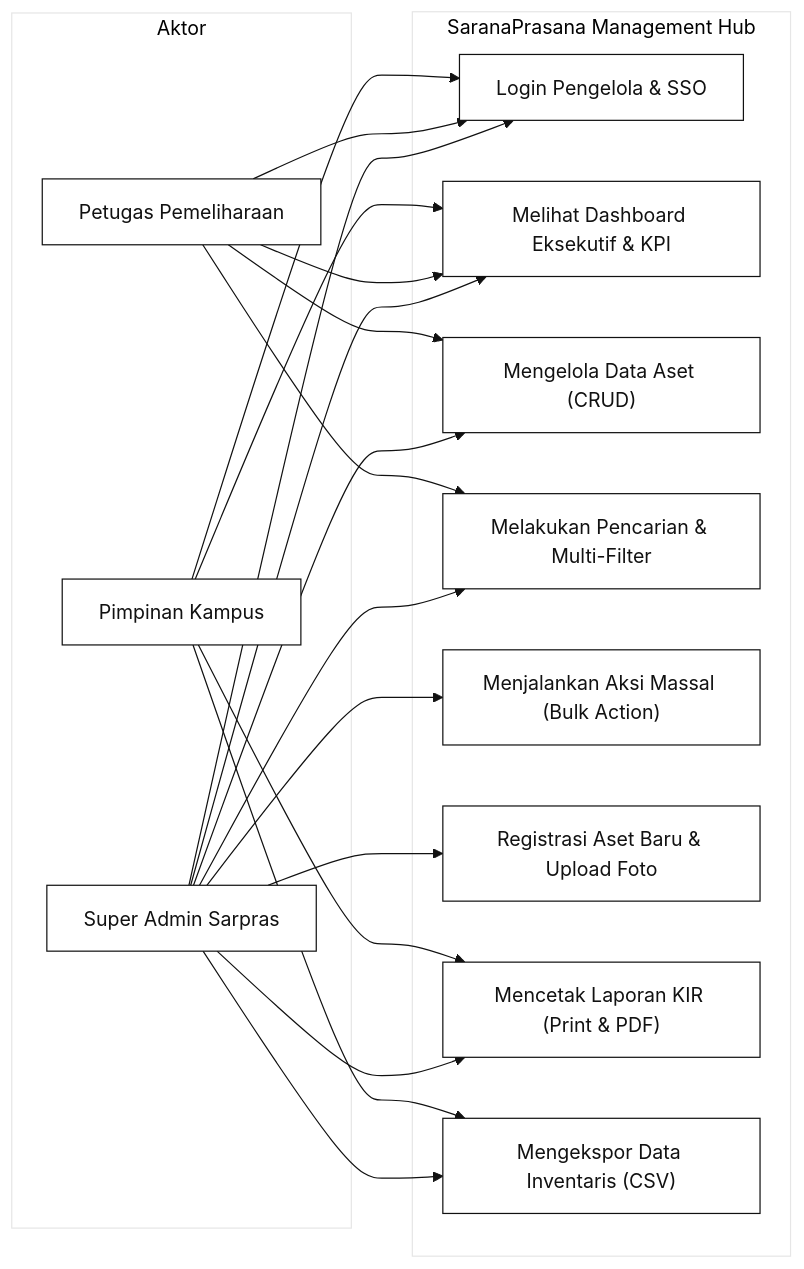
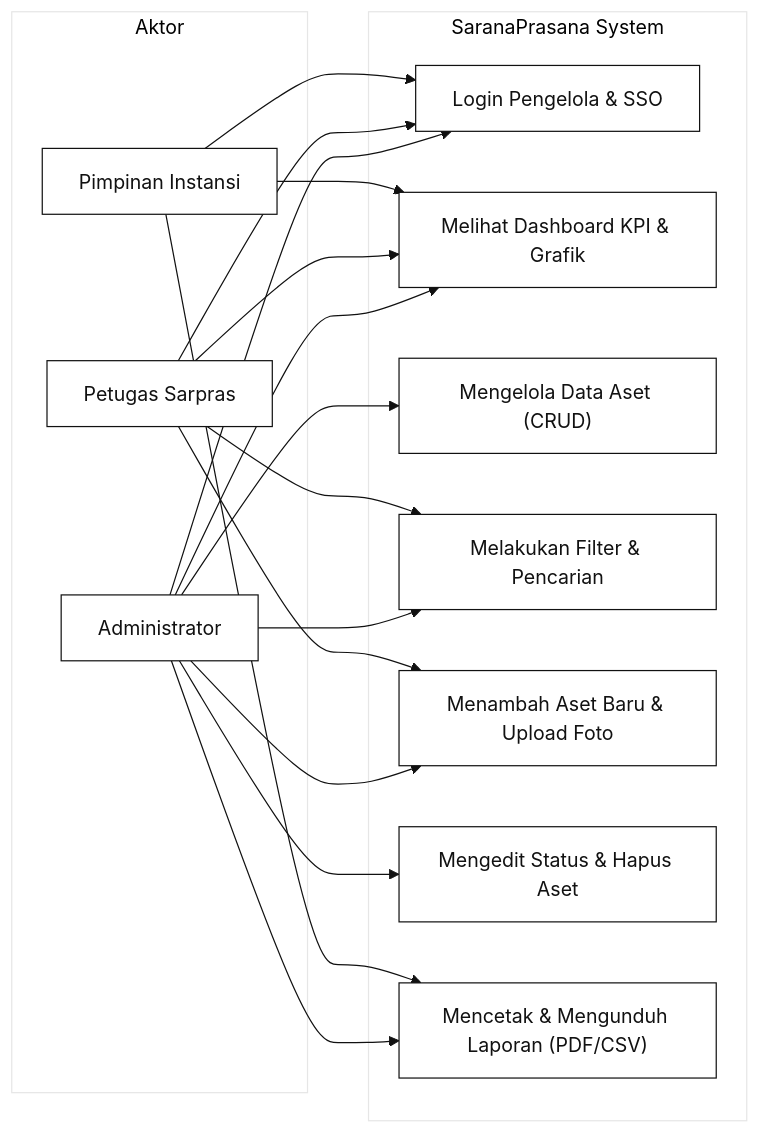
Before and after one commit to HeinrichRaxwell/Sarpras: the fourth of 4 diagrams in docs/perancangan.md, drawn with Mermaid. The commit also changed other lines of this file and 12 other files, not shown here.

````diff
--- a/docs/perancangan.md
+++ b/docs/perancangan.md
@@ -242,39 +216,36 @@
 ```mermaid
 %%{init: {'theme': 'base', 'themeVariables': { 'primaryColor': '#ffffff', 'primaryBorderColor': '#111111', 'primaryTextColor': '#111111', 'lineColor': '#111111', 'secondaryColor': '#ffffff', 'tertiaryColor': '#ffffff' }}}%%
 flowchart LR
     subgraph Aktor
-        Admin["Super Admin Sarpras"]
-        Teknisi["Petugas Pemeliharaan"]
-        Pimpinan["Pimpinan Kampus"]
+        Admin["Administrator"]
+        Petugas["Petugas Sarpras"]
+        Pimpinan["Pimpinan Instansi"]
     end
 
-    subgraph Sistem["SaranaPrasana Management Hub"]
+    subgraph Sistem["SaranaPrasana System"]
         UC1["Login Pengelola & SSO"]
-        UC2["Melihat Dashboard Eksekutif & KPI"]
+        UC2["Melihat Dashboard KPI & Grafik"]
         UC3["Mengelola Data Aset (CRUD)"]
-        UC4["Melakukan Pencarian & Multi-Filter"]
-        UC5["Menjalankan Aksi Massal (Bulk Action)"]
-        UC6["Registrasi Aset Baru & Upload Foto"]
-        UC7["Mencetak Laporan KIR (Print & PDF)"]
-        UC8["Mengekspor Data Inventaris (CSV)"]
+        UC4["Melakukan Filter & Pencarian"]
+        UC5["Menambah Aset Baru & Upload Foto"]
+        UC6["Mengedit Status & Hapus Aset"]
+        UC7["Mencetak & Mengunduh Laporan (PDF/CSV)"]
     end
 
     Admin --> UC1
     Admin --> UC2
     Admin --> UC3
     Admin --> UC4
     Admin --> UC5
     Admin --> UC6
     Admin --> UC7
-    Admin --> UC8
 
-    Teknisi --> UC1
-    Teknisi --> UC2
-    Teknisi --> UC3
-    Teknisi --> UC4
+    Petugas --> UC1
+    Petugas --> UC2
+    Petugas --> UC4
+    Petugas --> UC5
 
     Pimpinan --> UC1
     Pimpinan --> UC2
     Pimpinan --> UC7
-    Pimpinan --> UC8
 ```
````
